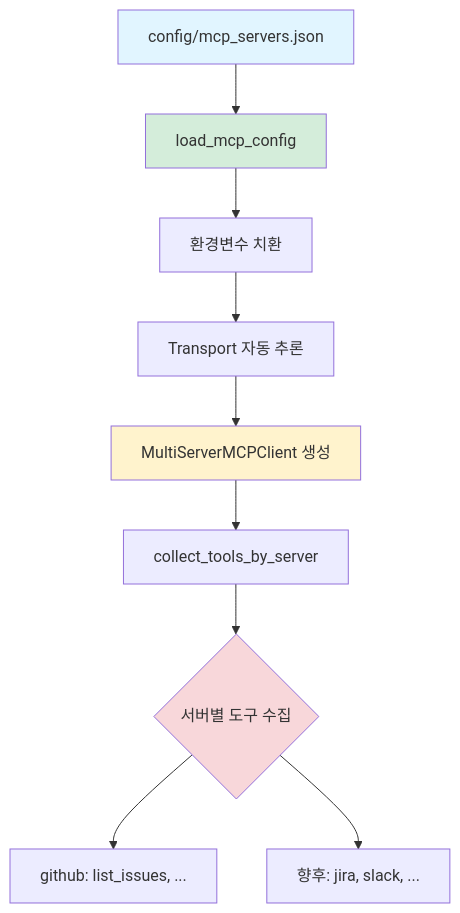
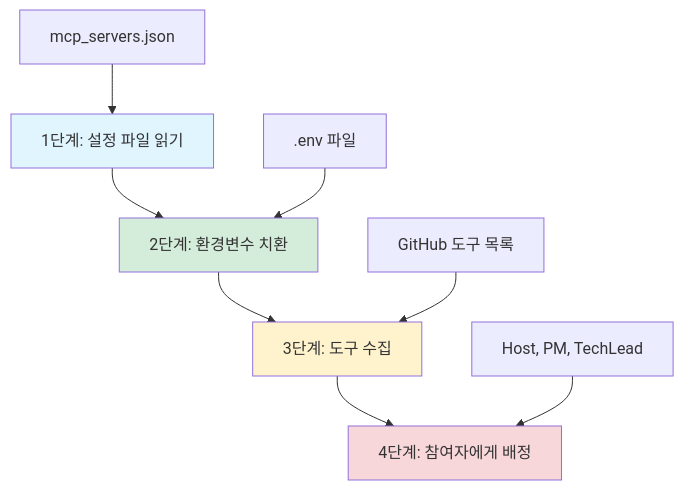
Before and after one commit to doorae-lab/doorae: the first of 3 diagrams in docs/mcp-integration.md, drawn with Mermaid. The commit also changed other lines of this file and 22 other files, not shown here.

````diff
--- a/docs/mcp-integration.md
+++ b/docs/mcp-integration.md
@@ -18,17 +34,16 @@
 ```mermaid
 graph TB
-    JSON[config/mcp_servers.json] --> LoadFunc[load_mcp_config]
-    LoadFunc --> EnvSub[환경변수 치환]
-    EnvSub --> Transport[Transport 자동 추론]
-    Transport --> Client[MultiServerMCPClient 생성]
+    A[1단계: 설정 파일 읽기] --> B[2단계: 환경변수 치환]
+    B --> C[3단계: 도구 수집]
+    C --> D[4단계: 참여자에게 배정]
 
-    Client --> Tools[collect_tools_by_server]
-    Tools --> ByServer{서버별 도구 수집}
-    ByServer --> GitHub[github: list_issues, ...]
-    ByServer --> Future[향후: jira, slack, ...]
+    A1[mcp_servers.json] --> A
+    B1[.env 파일] --> B
+    C1[GitHub 도구 목록] --> C
+    D1[Host, PM, TechLead] --> D
 
-    style JSON fill:#e1f5ff
-    style LoadFunc fill:#d4edda
-    style Client fill:#fff3cd
-    style ByServer fill:#f8d7da
+    style A fill:#e1f5ff
+    style B fill:#d4edda
+    style C fill:#fff3cd
+    style D fill:#f8d7da
 ```
````
